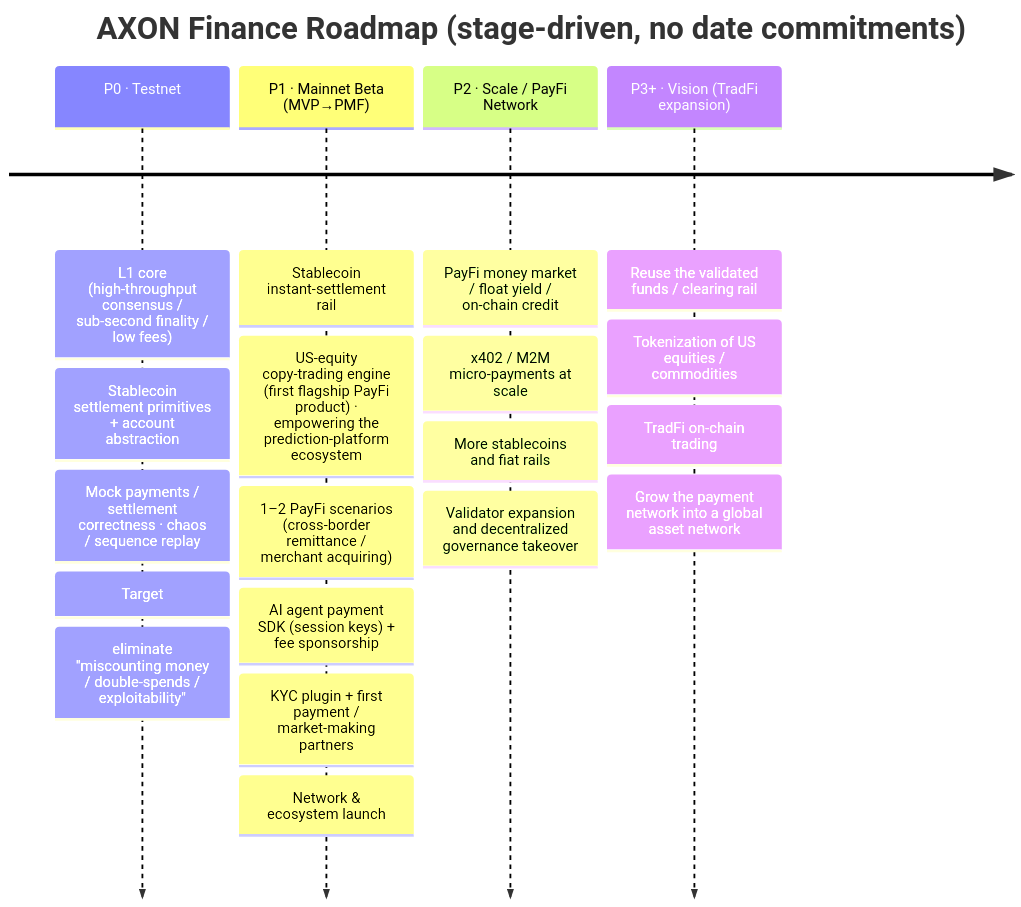
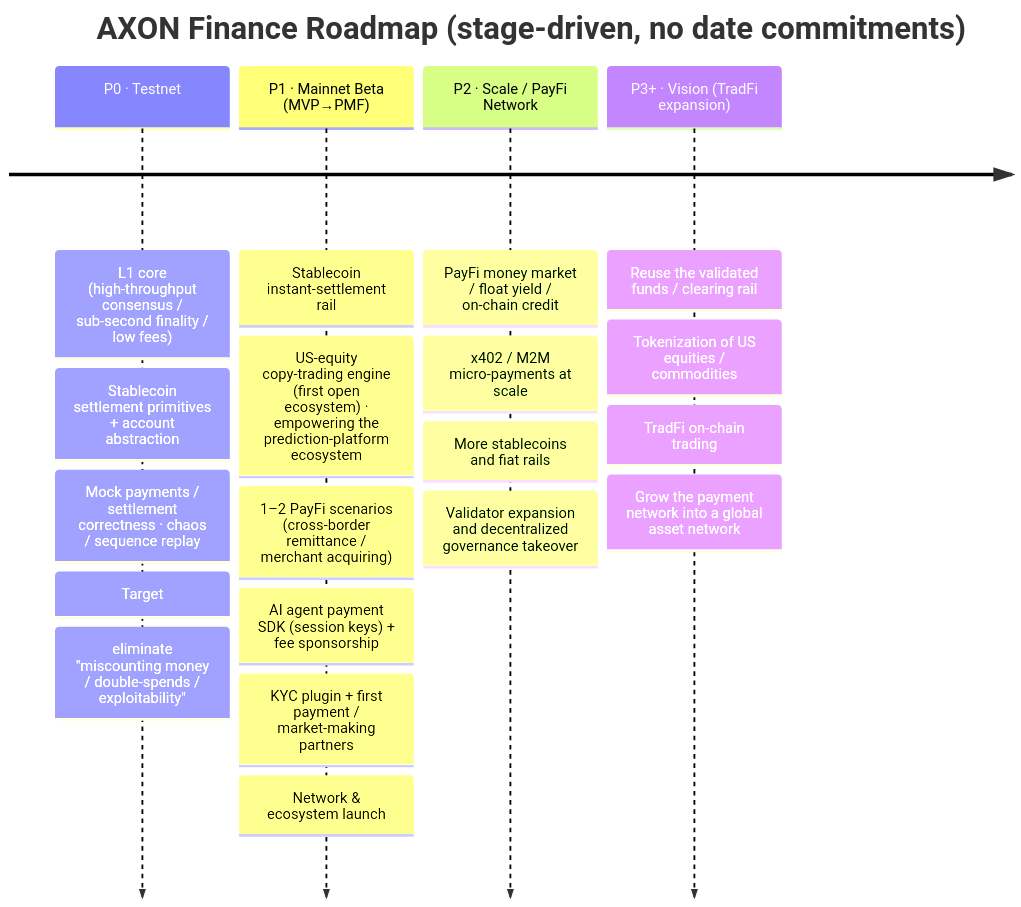
One commit to AIVIVEHQ/axon-whitepaper changed the diagram in en/part6-roadmap/6-1-roadmap.md. Above: the diagram before and after it, drawn with Mermaid. The commit also changed other lines of this file and 21 other files, not shown here.

````diff
--- a/en/part6-roadmap/6-1-roadmap.md
+++ b/en/part6-roadmap/6-1-roadmap.md
@@ -12,8 +12,8 @@
 ```mermaid
 timeline
     title AXON Finance Roadmap (stage-driven, no date commitments)
     P0 · Testnet : L1 core (high-throughput consensus / sub-second finality / low fees) : Stablecoin settlement primitives + account abstraction : Mock payments / settlement correctness · chaos / sequence replay : Target: eliminate "miscounting money / double-spends / exploitability"
-    P1 · Mainnet Beta (MVP→PMF) : Stablecoin instant-settlement rail : US-equity copy-trading engine (first flagship PayFi product) · empowering the prediction-platform ecosystem : 1–2 PayFi scenarios (cross-border remittance / merchant acquiring) : AI agent payment SDK (session keys) + fee sponsorship : KYC plugin + first payment / market-making partners : Network & ecosystem launch
+    P1 · Mainnet Beta (MVP→PMF) : Stablecoin instant-settlement rail : US-equity copy-trading engine (first open ecosystem) · empowering the prediction-platform ecosystem : 1–2 PayFi scenarios (cross-border remittance / merchant acquiring) : AI agent payment SDK (session keys) + fee sponsorship : KYC plugin + first payment / market-making partners : Network & ecosystem launch
     P2 · Scale / PayFi Network : PayFi money market / float yield / on-chain credit : x402 / M2M micro-payments at scale : More stablecoins and fiat rails : Validator expansion and decentralized governance takeover
     P3+ · Vision (TradFi expansion) : Reuse the validated funds / clearing rail : Tokenization of US equities / commodities : TradFi on-chain trading : Grow the payment network into a global asset network
 ```
````
